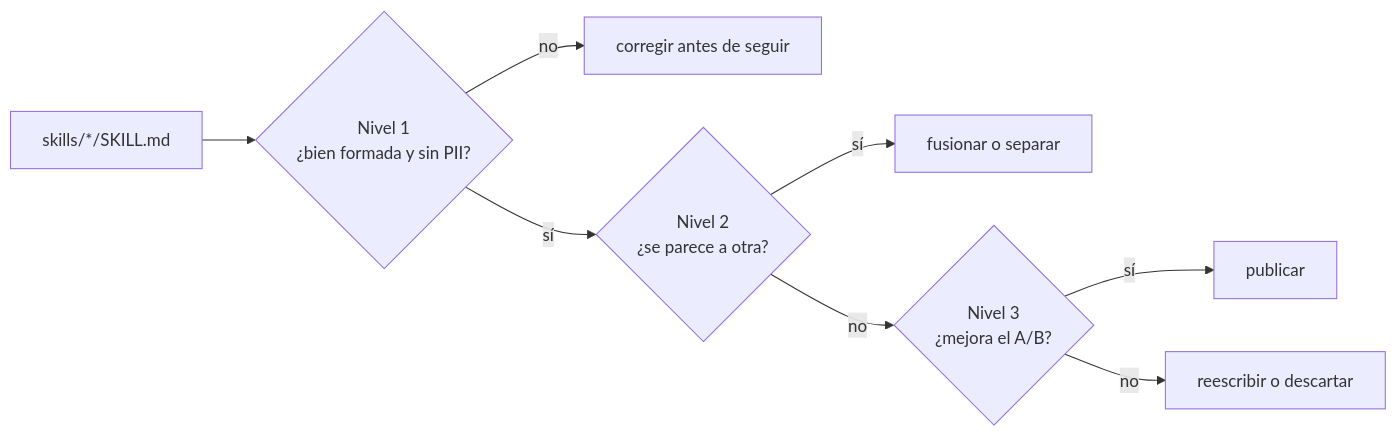
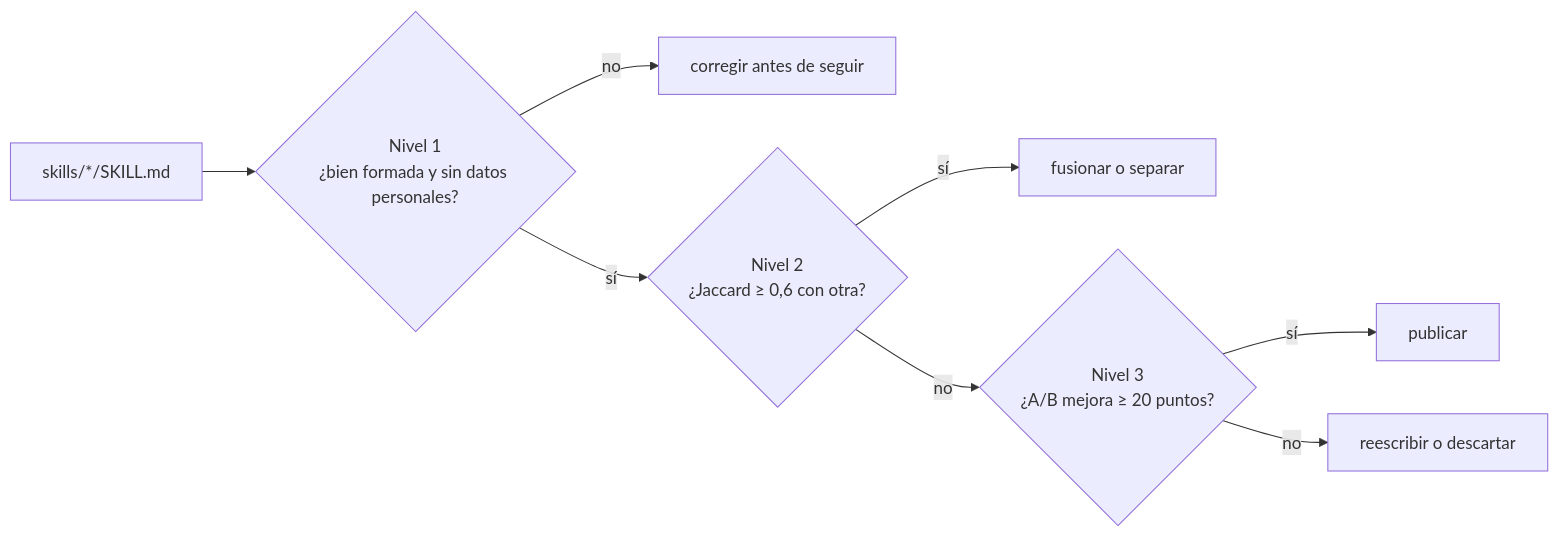
One commit to NICORUIZ93/The_Imperial_Book changed the ninth of 9 diagrams in web/public/content/foundations/modulo-7.md. Above: the diagram before and after it, drawn with Mermaid. The commit also changed other lines of this file, not shown here.

First line of the commit message:
docs(fundamentos): M7 completo con la plantilla académica

````diff
--- a/web/public/content/foundations/modulo-7.md
+++ b/web/public/content/foundations/modulo-7.md
@@ -582,10 +2210,10 @@
 ```mermaid
 flowchart LR
-    S["skills/*/SKILL.md"] --> N1{"Nivel 1<br/>¿bien formada y sin PII?"}
+    S["skills/*/SKILL.md"] --> N1{"Nivel 1<br/>¿bien formada y sin datos personales?"}
     N1 -->|no| X["corregir antes de seguir"]
-    N1 -->|sí| N2{"Nivel 2<br/>¿se parece a otra?"}
+    N1 -->|sí| N2{"Nivel 2<br/>¿Jaccard ≥ 0,6 con otra?"}
     N2 -->|sí| M["fusionar o separar"]
-    N2 -->|no| N3{"Nivel 3<br/>¿mejora el A/B?"}
+    N2 -->|no| N3{"Nivel 3<br/>¿A/B mejora ≥ 20 puntos?"}
     N3 -->|sí| P["publicar"]
     N3 -->|no| R["reescribir o descartar"]
 ```
````
